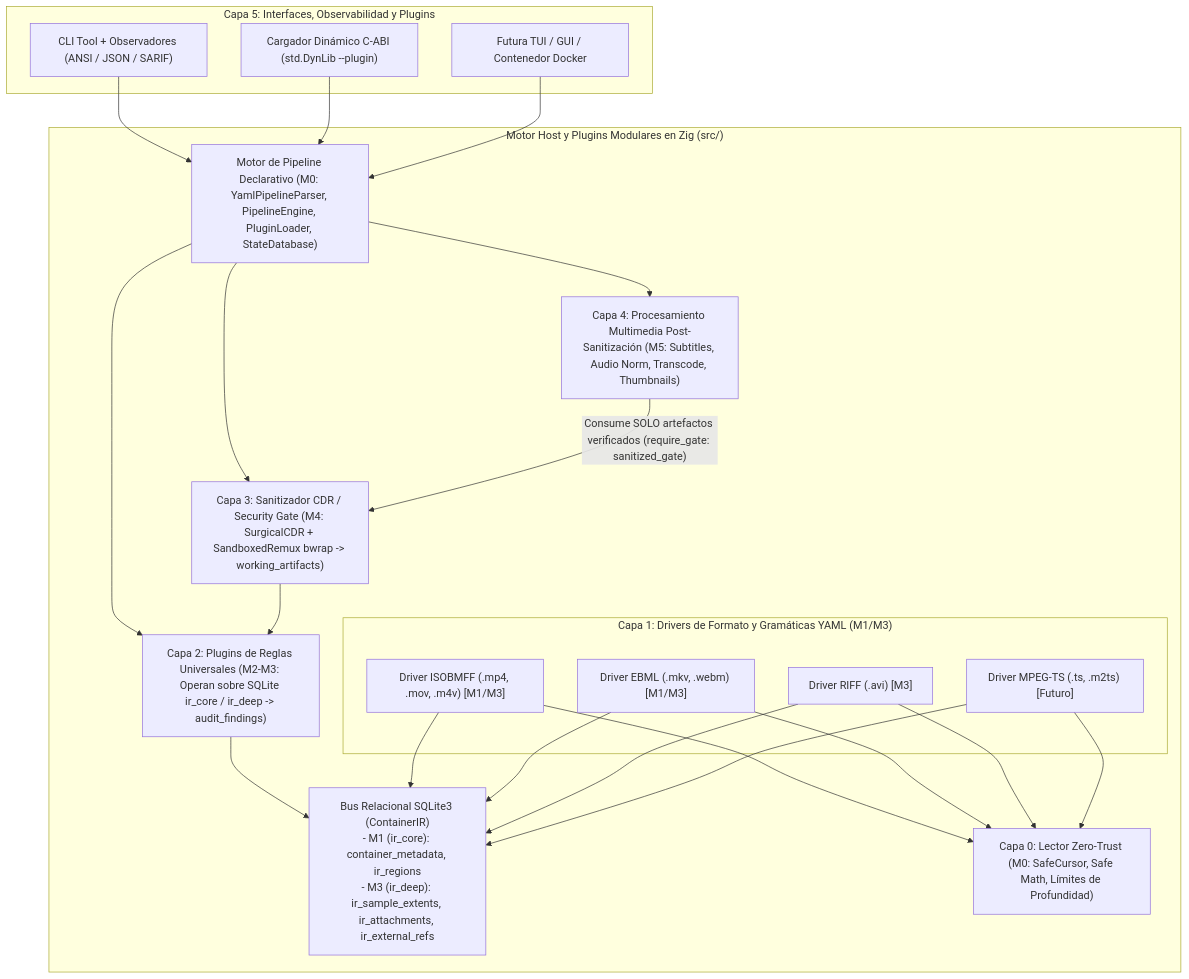
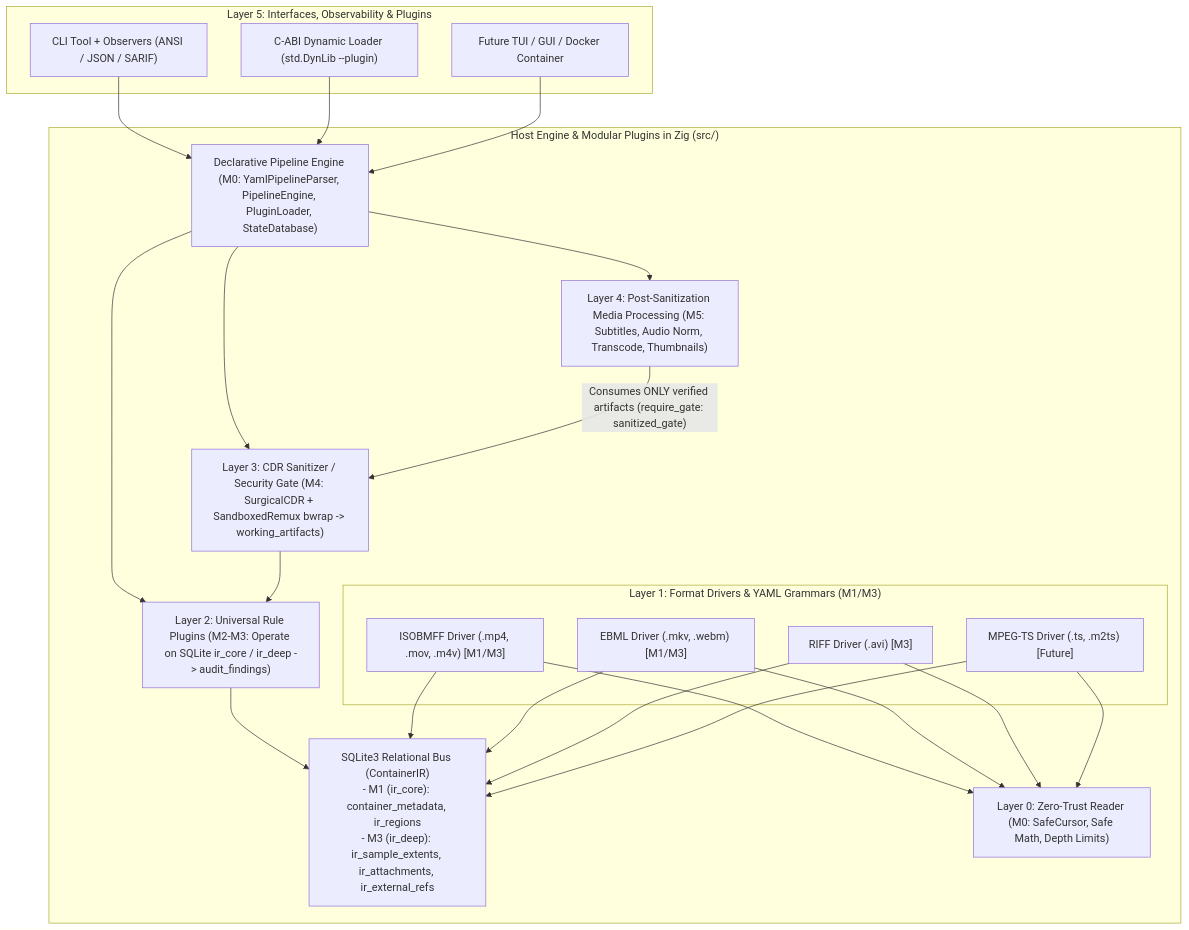
The second of 3 diagrams in docs/v1/arquitectura_video_shield.md (g-gar/vidsec), drawn with Mermaid before and after one commit. The commit also changed other lines of this file and 8 other files, not shown here.

Commit message:
docs(v1): translate v1 architecture and milestone specs to English and remove local paths

````diff
--- a/docs/v1/arquitectura_video_shield.md
+++ b/docs/v1/arquitectura_video_shield.md
@@ -70,33 +70,33 @@
 ```mermaid
 flowchart TB
-    subgraph Interfaces ["Capa 5: Interfaces, Observabilidad y Plugins"]
-        CLI["CLI Tool + Observadores (ANSI / JSON / SARIF)"]
-        Plugins["Cargador Dinámico C-ABI (std.DynLib --plugin)"]
-        TUI["Futura TUI / GUI / Contenedor Docker"]
+    subgraph Interfaces ["Layer 5: Interfaces, Observability & Plugins"]
+        CLI["CLI Tool + Observers (ANSI / JSON / SARIF)"]
+        Plugins["C-ABI Dynamic Loader (std.DynLib --plugin)"]
+        TUI["Future TUI / GUI / Docker Container"]
     end
 
-    subgraph Core ["Motor Host y Plugins Modulares en Zig (src/)"]
-        Engine["Motor de Pipeline Declarativo (M0: YamlPipelineParser, PipelineEngine, PluginLoader, StateDatabase)"]
-        L4["Capa 4: Procesamiento Multimedia Post-Sanitización (M5: Subtitles, Audio Norm, Transcode, Thumbnails)"]
-        L3["Capa 3: Sanitizador CDR / Security Gate (M4: SurgicalCDR + SandboxedRemux bwrap -> working_artifacts)"]
-        L2["Capa 2: Plugins de Reglas Universales (M2-M3: Operan sobre SQLite ir_core / ir_deep -> audit_findings)"]
-        IR["Bus Relacional SQLite3 (ContainerIR)<br/>- M1 (ir_core): container_metadata, ir_regions<br/>- M3 (ir_deep): ir_sample_extents, ir_attachments, ir_external_refs"]
+    subgraph Core ["Host Engine & Modular Plugins in Zig (src/)"]
+        Engine["Declarative Pipeline Engine (M0: YamlPipelineParser, PipelineEngine, PluginLoader, StateDatabase)"]
+        L4["Layer 4: Post-Sanitization Media Processing (M5: Subtitles, Audio Norm, Transcode, Thumbnails)"]
+        L3["Layer 3: CDR Sanitizer / Security Gate (M4: SurgicalCDR + SandboxedRemux bwrap -> working_artifacts)"]
+        L2["Layer 2: Universal Rule Plugins (M2-M3: Operate on SQLite ir_core / ir_deep -> audit_findings)"]
+        IR["SQLite3 Relational Bus (ContainerIR)<br/>- M1 (ir_core): container_metadata, ir_regions<br/>- M3 (ir_deep): ir_sample_extents, ir_attachments, ir_external_refs"]
         
-        subgraph Drivers ["Capa 1: Drivers de Formato y Gramáticas YAML (M1/M3)"]
-            D_MP4["Driver ISOBMFF (.mp4, .mov, .m4v) [M1/M3]"]
-            D_MKV["Driver EBML (.mkv, .webm) [M1/M3]"]
-            D_AVI["Driver RIFF (.avi) [M3]"]
-            D_TS["Driver MPEG-TS (.ts, .m2ts) [Futuro]"]
+        subgraph Drivers ["Layer 1: Format Drivers & YAML Grammars (M1/M3)"]
+            D_MP4["ISOBMFF Driver (.mp4, .mov, .m4v) [M1/M3]"]
+            D_MKV["EBML Driver (.mkv, .webm) [M1/M3]"]
+            D_AVI["RIFF Driver (.avi) [M3]"]
+            D_TS["MPEG-TS Driver (.ts, .m2ts) [Future]"]
         end
         
-        L0["Capa 0: Lector Zero-Trust (M0: SafeCursor, Safe Math, Límites de Profundidad)"]
+        L0["Layer 0: Zero-Trust Reader (M0: SafeCursor, Safe Math, Depth Limits)"]
     end
 
     CLI & Plugins & TUI --> Engine
     Engine --> L2 & L3 & L4
-    L4 -->|" Consume SOLO artefactos verificados (require_gate: sanitized_gate) "| L3
+    L4 -->|" Consumes ONLY verified artifacts (require_gate: sanitized_gate) "| L3
     L3 --> L2
     L2 --> IR
     D_MP4 & D_MKV & D_AVI & D_TS --> IR
     D_MP4 & D_MKV & D_AVI & D_TS --> L0
 ```
````
